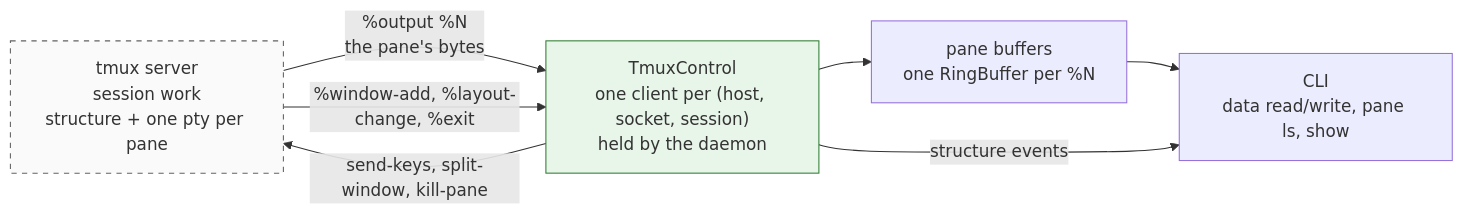
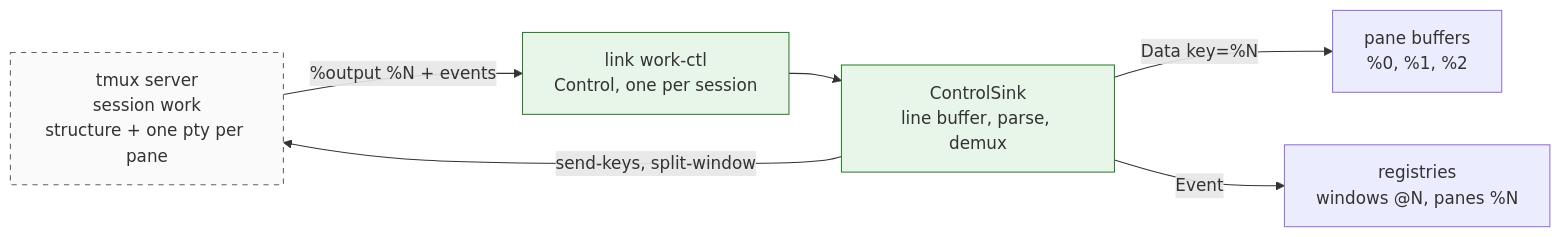
The second of 4 diagrams in doc/dev/arch/arch.md (xiaoshan1234/xscore), drawn with Mermaid before and after one commit. The commit also changed other lines of this file, not shown here.

First line of the commit message:
docs(arch): one link per tmux session — the link is the control connection

````diff
--- a/doc/dev/arch/arch.md
+++ b/doc/dev/arch/arch.md
@@ -338,19 +372,19 @@
 ```mermaid
 graph LR
     SRV["tmux server<br/>session work<br/>structure + one pty per pane"]
-    CTL["TmuxControl<br/>one client per (host, socket, session)<br/>held by the daemon"]
-    BUF["pane buffers<br/>one RingBuffer per %N"]
-    CLI["CLI<br/>data read/write, pane ls, show"]
+    L["link work-ctl<br/>Control, one per session"]
+    SK["ControlSink<br/>line buffer, parse, demux"]
+    B["pane buffers<br/>%0, %1, %2"]
+    ST["registries<br/>windows @N, panes %N"]
 
-    SRV -->|"%output %N<br/>the pane's bytes"| CTL
-    SRV -->|"%window-add, %layout-change, %exit"| CTL
-    CTL -->|"send-keys, split-window, kill-pane"| SRV
-    CTL --> BUF
-    BUF --> CLI
-    CTL -->|"structure events"| CLI
+    SRV -->|"%output %N + events"| L
+    L --> SK
+    SK -->|"Data key=%N"| B
+    SK -->|"Event"| ST
+    SK -->|"send-keys, split-window"| SRV
 
     classDef ext fill:#fafafa,stroke:#616161,stroke-dasharray: 5 5
     classDef ctl fill:#e8f5e9,stroke:#2e7d32
     class SRV ext
-    class CTL ctl
+    class L,SK ctl
 ```
````
